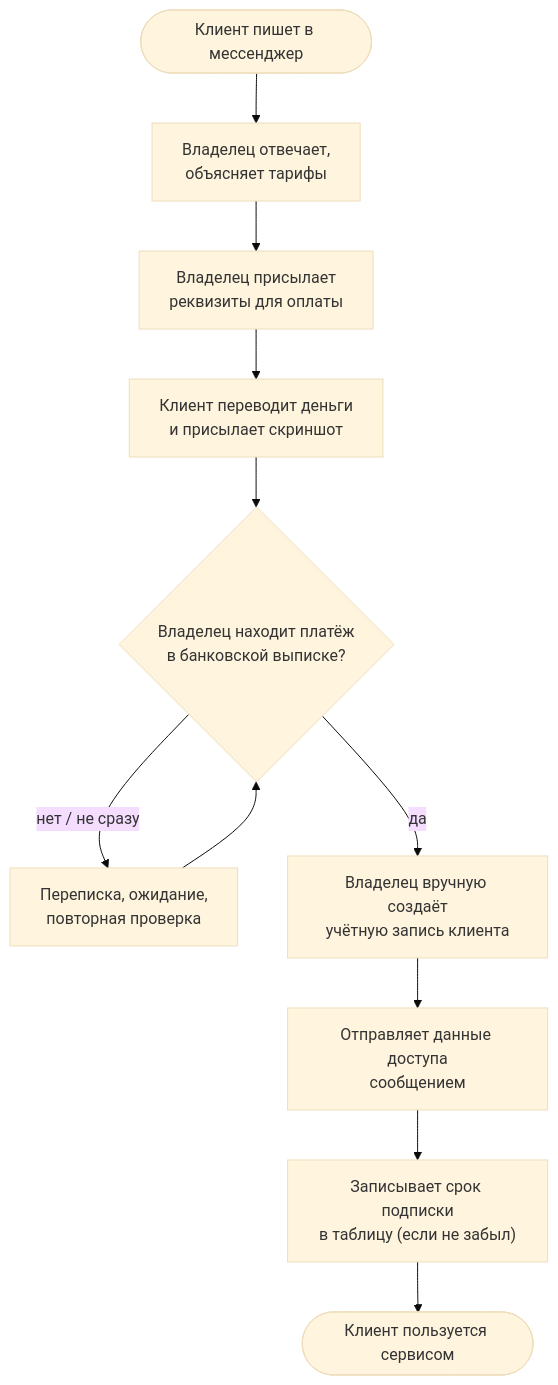
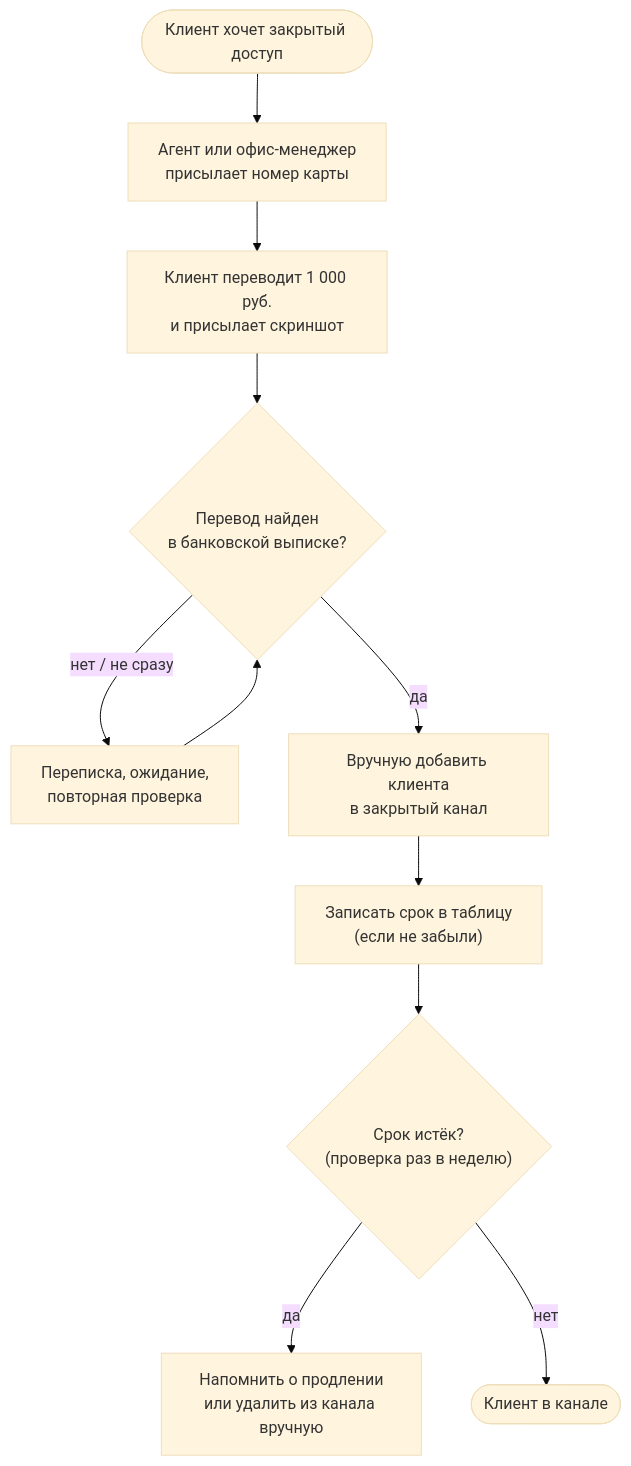
One commit to Dv2Corn/kursovaya changed the second of 3 diagrams in docs/02-analiz-as-is.md. Above: the diagram before and after it, drawn with Mermaid (base theme). The commit also changed other lines of this file and 4 other files, not shown here.

Commit message:
Курсовая под кейс «Квартирант плюс»: README, введение со сменой бизнес-модели, анализ «как есть», целевые процессы и архитектура со схемами

````diff
--- a/docs/02-analiz-as-is.md
+++ b/docs/02-analiz-as-is.md
@@ -29,13 +66,13 @@
 ```mermaid
 flowchart TD
-    A(["Клиент пишет в мессенджер"]) --> B["Владелец отвечает,<br/>объясняет тарифы"]
-    B --> C["Владелец присылает<br/>реквизиты для оплаты"]
-    C --> D["Клиент переводит деньги<br/>и присылает скриншот"]
-    D --> E{"Владелец находит платёж<br/>в банковской выписке?"}
-    E -- "нет / не сразу" --> F["Переписка, ожидание,<br/>повторная проверка"]
-    F --> E
-    E -- "да" --> G["Владелец вручную создаёт<br/>учётную запись клиента"]
-    G --> H["Отправляет данные доступа<br/>сообщением"]
-    H --> I["Записывает срок подписки<br/>в таблицу (если не забыл)"]
-    I --> J(["Клиент пользуется сервисом"])
+    A(["Клиент хочет закрытый доступ"]) --> B["Агент или офис-менеджер<br/>присылает номер карты"]
+    B --> C["Клиент переводит 1 000 руб.<br/>и присылает скриншот"]
+    C --> D{"Перевод найден<br/>в банковской выписке?"}
+    D -- "нет / не сразу" --> E["Переписка, ожидание,<br/>повторная проверка"]
+    E --> D
+    D -- "да" --> F["Вручную добавить клиента<br/>в закрытый канал"]
+    F --> G["Записать срок в таблицу<br/>(если не забыли)"]
+    G --> H{"Срок истёк?<br/>(проверка раз в неделю)"}
+    H -- "да" --> I["Напомнить о продлении<br/>или удалить из канала вручную"]
+    H -- "нет" --> J(["Клиент в канале"])
 ```
````
